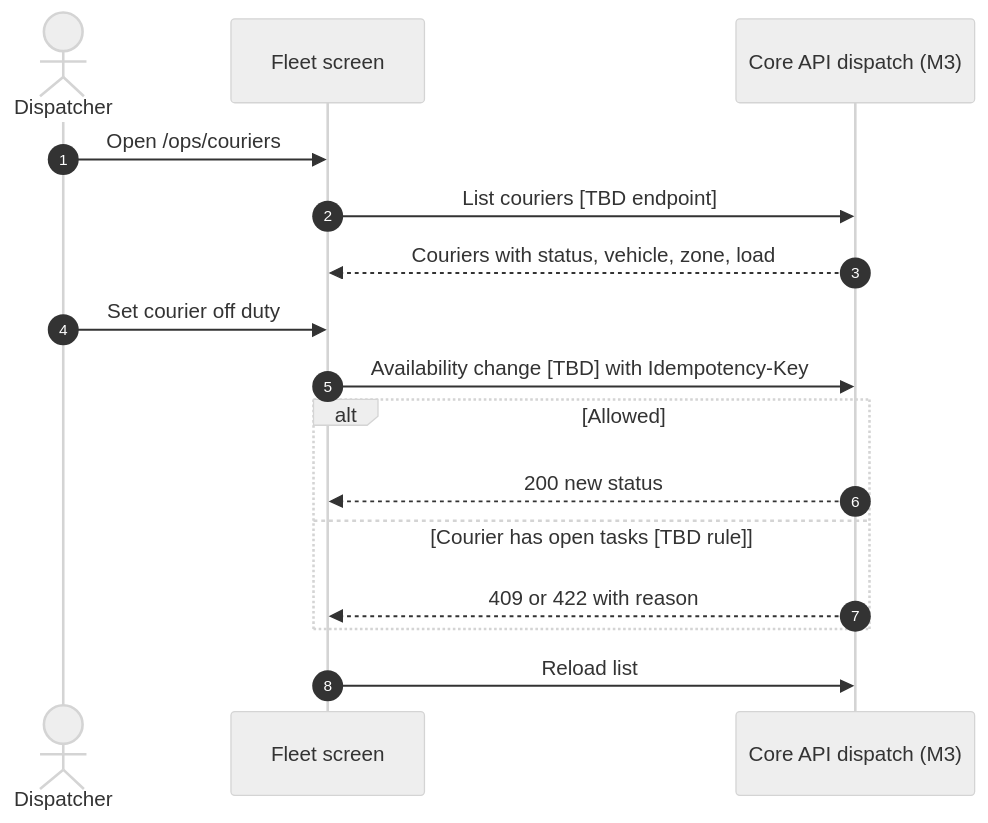
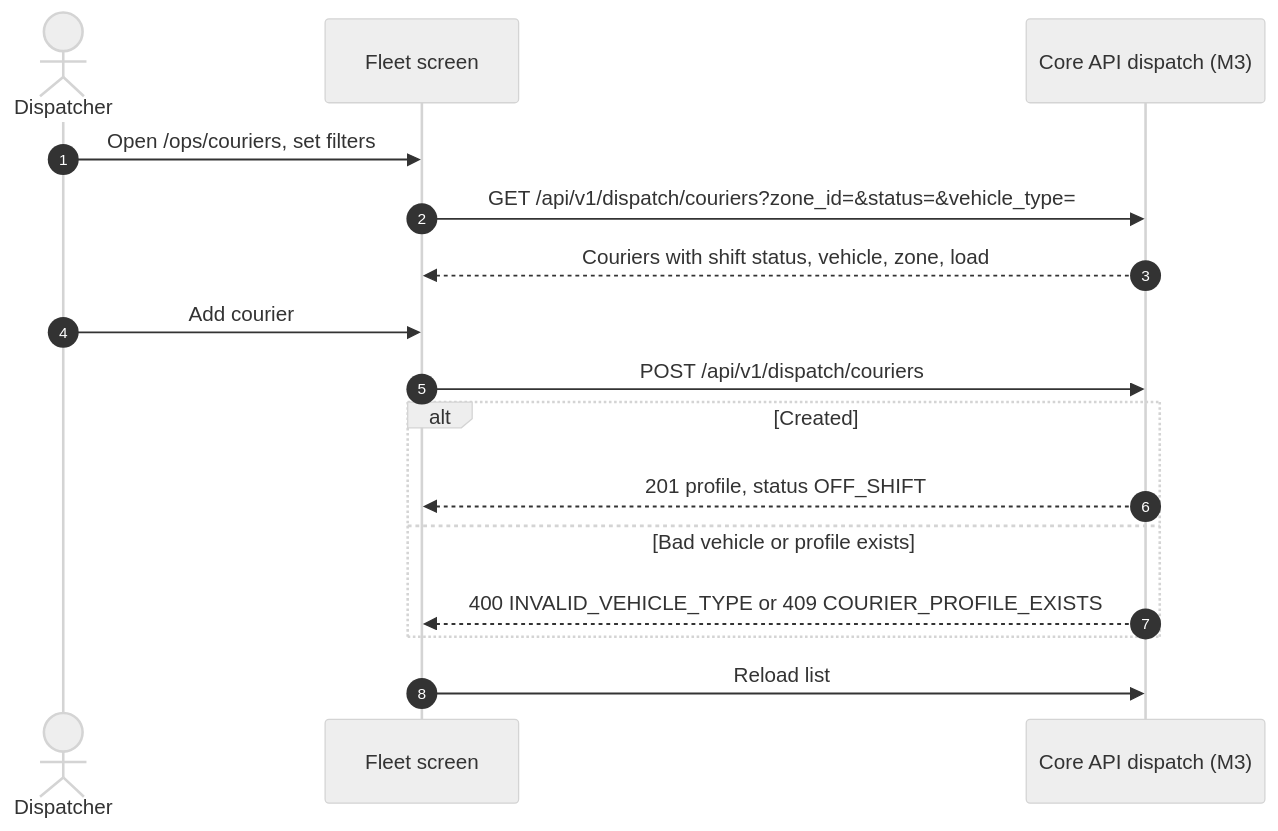
Before and after one commit to phantomTroupeEAD/SwiftDrop: diagram 22 of 55 in docs/drafts/member-07-dispatcher-admin-web-gateway/doc-02-functional-flows-and-business-rules.md, drawn with Mermaid (neutral theme). The commit also changed other lines of this file and 125 other files, not shown here.

````diff
--- a/docs/drafts/member-07-dispatcher-admin-web-gateway/doc-02-functional-flows-and-business-rules.md
+++ b/docs/drafts/member-07-dispatcher-admin-web-gateway/doc-02-functional-flows-and-business-rules.md
@@ -714,18 +709,18 @@
 ```mermaid
 sequenceDiagram
     autonumber
     actor D as Dispatcher
     participant UI as Fleet screen
     participant DSP as Core API dispatch (M3)
-    D->>UI: Open /ops/couriers
-    UI->>DSP: List couriers [TBD endpoint]
-    DSP-->>UI: Couriers with status, vehicle, zone, load
-    D->>UI: Set courier off duty
-    UI->>DSP: Availability change [TBD] with Idempotency-Key
-    alt Allowed
-        DSP-->>UI: 200 new status
-    else Courier has open tasks [TBD rule]
-        DSP-->>UI: 409 or 422 with reason
+    D->>UI: Open /ops/couriers, set filters
+    UI->>DSP: GET /api/v1/dispatch/couriers?zone_id=&status=&vehicle_type=
+    DSP-->>UI: Couriers with shift status, vehicle, zone, load
+    D->>UI: Add courier
+    UI->>DSP: POST /api/v1/dispatch/couriers
+    alt Created
+        DSP-->>UI: 201 profile, status OFF_SHIFT
+    else Bad vehicle or profile exists
+        DSP-->>UI: 400 INVALID_VEHICLE_TYPE or 409 COURIER_PROFILE_EXISTS
     end
     UI->>DSP: Reload list
 ```
````
